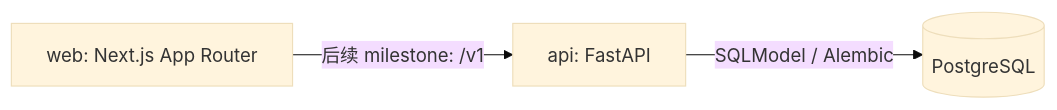
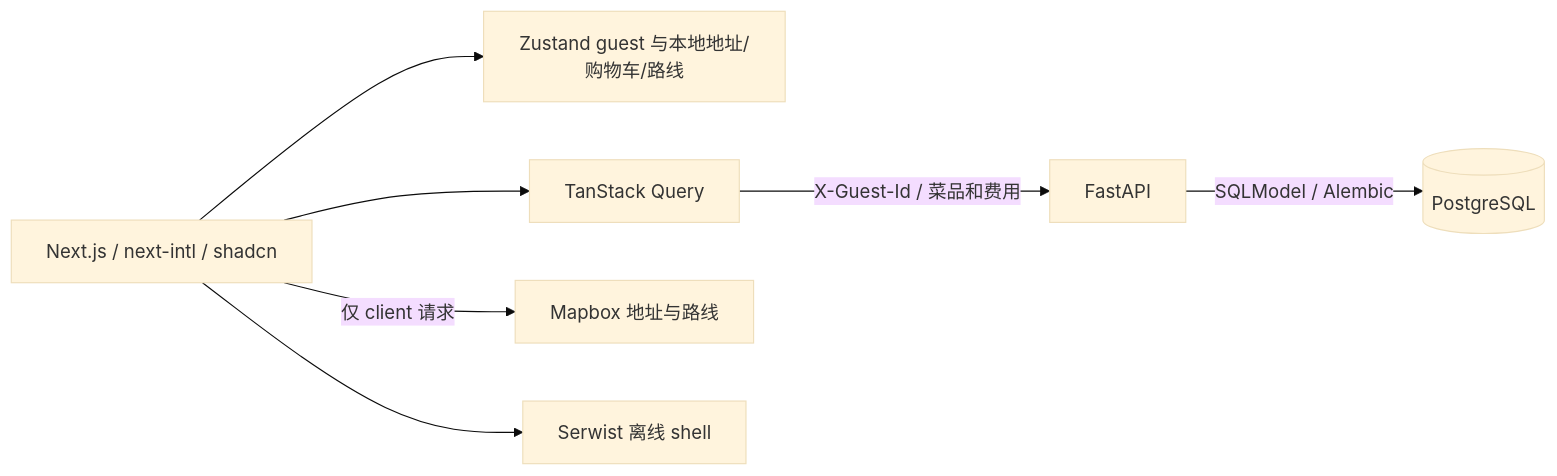
The diagram in README.md (Justinnnnnnz/nevereats), drawn with Mermaid (base theme) before and after one commit. The commit also changed other lines of this file and 58 other files, not shown here.

````diff
--- a/README.md
+++ b/README.md
@@ -103,5 +160,9 @@
 ```mermaid
 flowchart LR
-  Web[web: Next.js App Router] -->|后续 milestone: /v1| API[api: FastAPI]
+  Web[Next.js / next-intl / shadcn] --> State[Zustand guest 与本地地址/购物车/路线]
+  Web --> Query[TanStack Query]
+  Query -->|X-Guest-Id / 菜品和费用| API[FastAPI]
   API -->|SQLModel / Alembic| DB[(PostgreSQL)]
+  Web -->|仅 client 请求| Maps[Mapbox 地址与路线]
+  Web --> SW[Serwist 离线 shell]
 ```
````
